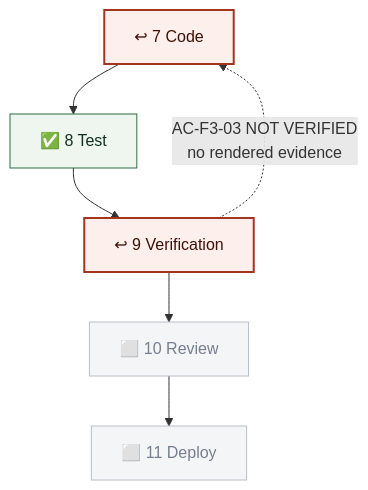
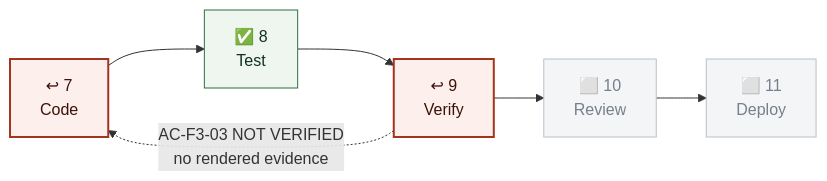
The fourth of 7 diagrams in admin/samples/PIPELINE_WALKTHROUGH.md (tandonakhil/AICluadeCode), drawn with Mermaid before and after one commit. The commit also changed other lines of this file and 7 other files, not shown here.

First line of the commit message:
Pipeline visibility: /ProjectStatus, portfolio graphs, LR layout, mandatory report-out

````diff
--- a/admin/samples/PIPELINE_WALKTHROUGH.md
+++ b/admin/samples/PIPELINE_WALKTHROUGH.md
@@ -274,13 +274,13 @@
 ```mermaid
-flowchart TD
-  G7["↩ 7 Code"] --> G8["✅ 8 Test"] --> G9["↩ 9 Verification"]
+flowchart LR
+  G7["↩ 7<br/>Code"] --> G8["✅ 8<br/>Test"] --> G9["↩ 9<br/>Verify"]
   G9 -.->|"AC-F3-03 NOT VERIFIED<br/>no rendered evidence"| G7
-  G9 --> G10["⬜ 10 Review"] --> G11["⬜ 11 Deploy"]
+  G9 --> G10["⬜ 10<br/>Review"] --> G11["⬜ 11<br/>Deploy"]
 
   classDef done    fill:#eef6ef,stroke:#2f6f43,color:#123021
   classDef looped  fill:#fdf0ec,stroke:#a3341f,stroke-width:2px,color:#3d1109
   classDef pending fill:#f4f5f7,stroke:#b8bfc9,color:#767f8d
   class G8 done
   class G7,G9 looped
   class G10,G11 pending
 ```
````
